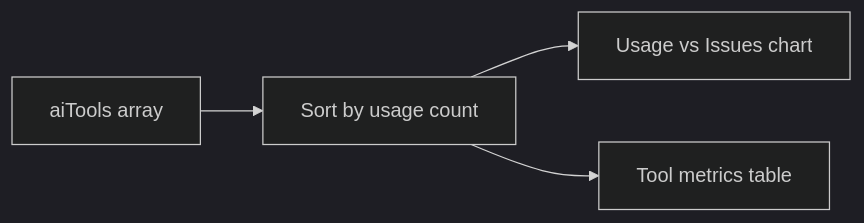
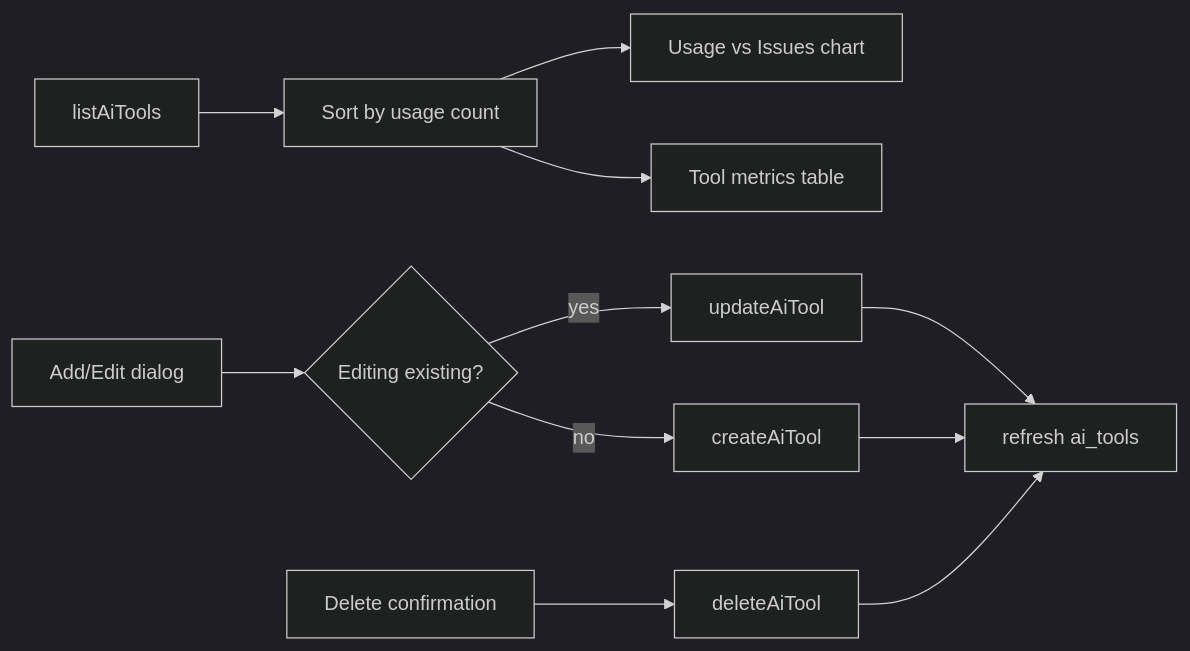
Before and after one commit to muhammadjamshed7/Assignmentwork: diagram 11 of 16 in SYSTEM_FLOW.md, drawn with Mermaid (dark theme). The commit also changed other lines of this file and 56 other files, not shown here.

````diff
--- a/SYSTEM_FLOW.md
+++ b/SYSTEM_FLOW.md
@@ -268,6 +370,13 @@
 ```mermaid
 flowchart LR
-  AITools[aiTools array] --> Sort[Sort by usage count]
+  ListAiTools[listAiTools] --> Sort[Sort by usage count]
   Sort --> Chart[Usage vs Issues chart]
   Sort --> Table[Tool metrics table]
+  ToolForm[Add/Edit dialog] --> SaveTool{Editing existing?}
+  SaveTool -- yes --> UpdateTool[updateAiTool]
+  SaveTool -- no --> CreateTool[createAiTool]
+  UpdateTool --> Refresh[refresh ai_tools]
+  CreateTool --> Refresh
+  DeleteAction[Delete confirmation] --> DeleteTool[deleteAiTool]
+  DeleteTool --> Refresh
 ```
````
